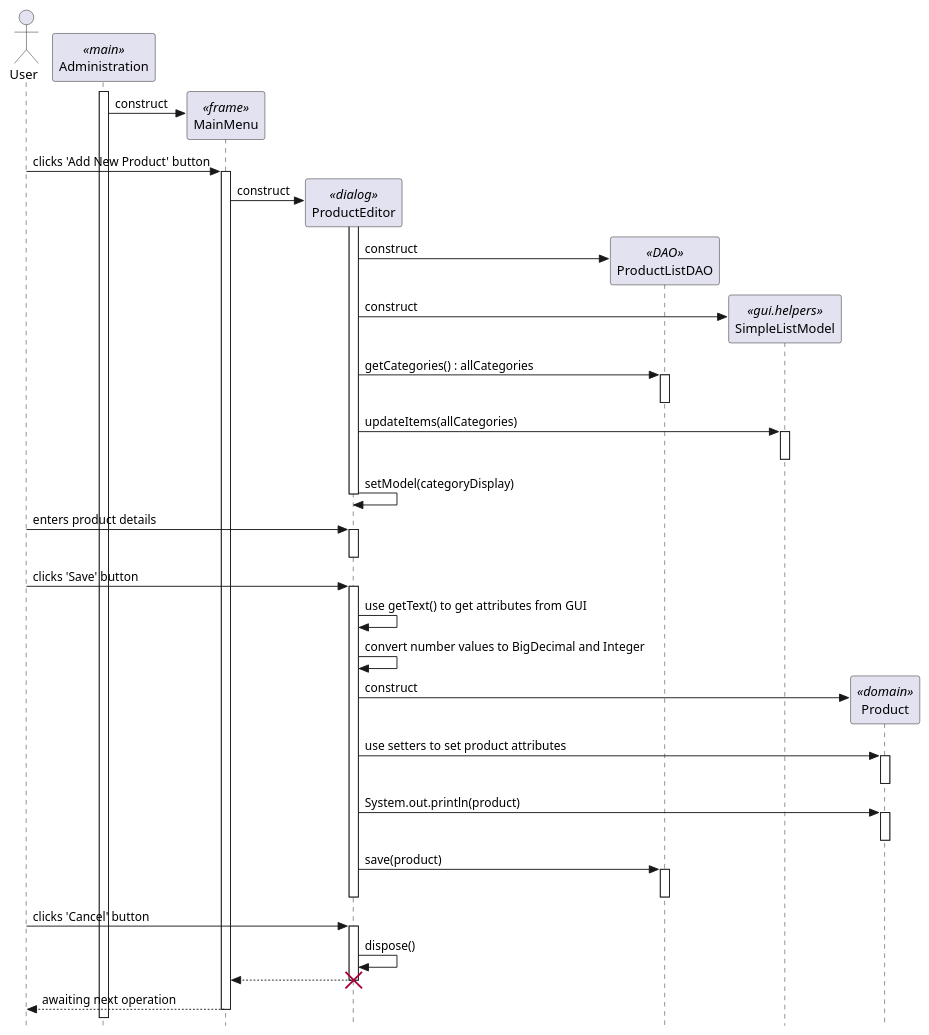
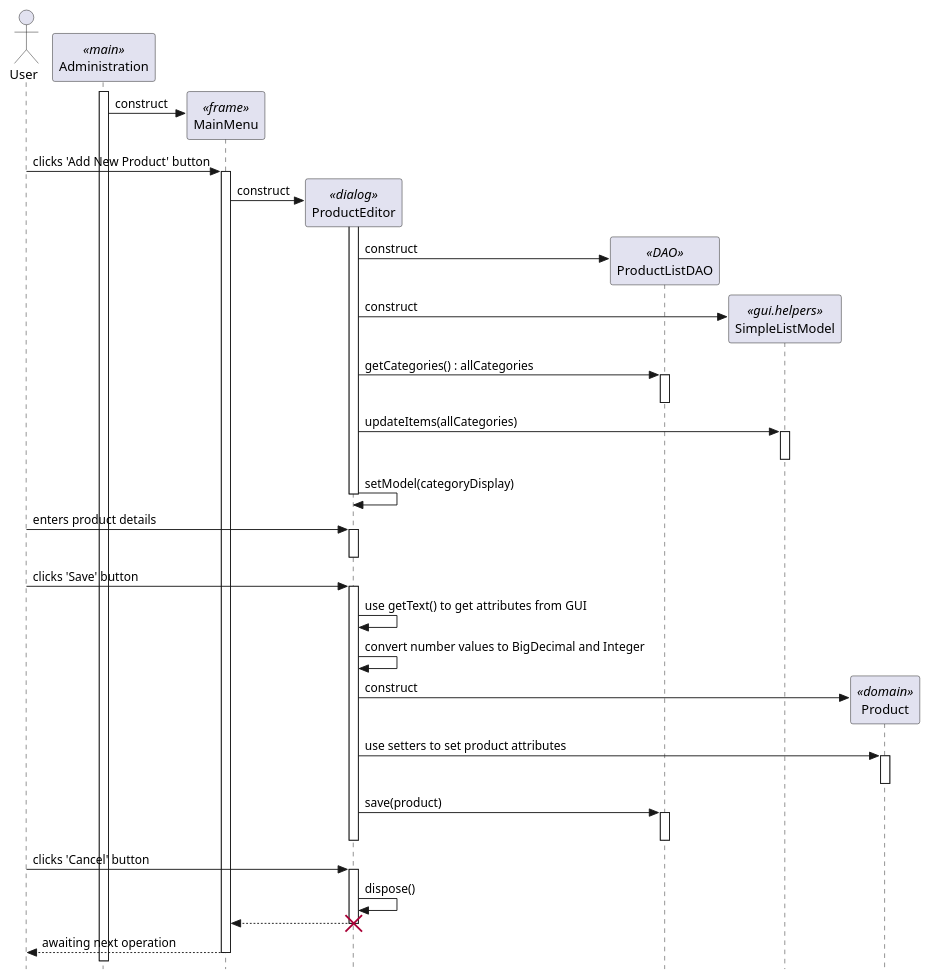
One commit to nikolahmcwin/shoppingSystem-info202 changed the diagram in addNewProduct.puml. Above: the diagram before and after it, drawn with PlantUML. The commit also changed 6 other files, not shown here.

Commit message:
Updates to plant uml diagrams. References #6

```diff
--- a/addNewProduct.puml
+++ b/addNewProduct.puml
@@ -1,77 +1,83 @@
 @startuml
 
 ' use strict UML mode
 skinparam style strictuml
 
 ' create actor user
 actor "User" as user
 
 ' create main adminstration 
 participant "Administration" as main <<main>>
 main++
 
 ' create main menu frame
 create "MainMenu" as menu <<frame>>
 main -> menu : construct
 
 user -> menu++ : clicks 'Add New Product' button
 
 ' create product editor dialog
 create "ProductEditor" as editor <<dialog>>
 menu -> editor : construct
 
 editor++
 
 ' create a DAO
 create "ProductListDAO" as dao <<DAO>>
 editor -> dao : construct 
 
 ' create the simple model list
 create "SimpleListModel" as modellist <<gui.helpers>>
 editor -> modellist : construct
 
+' retrieve all categories from dao
 editor -> dao++ : getCategories() : allCategories
 dao--
 
+' set Simple Model List with categories
 editor -> modellist++ : updateItems(allCategories)
 modellist--
 
+' update combo box to show categories
 editor -> editor : setModel(categoryDisplay)
 
 editor--
 
 ' user enters product details and clicks the save product button
 user -> editor++ : enters product details
 editor--
 
 user -> editor++ : clicks 'Save' button
 
 ' self interactions to pull text and run conversions
 editor -> editor : use getText() to get attributes from GUI
 editor -> editor : convert number values to BigDecimal and Integer
 
 ' create a Product
 create "Product" as product <<domain>>
 editor -> product : construct
 
+' set product attributes
 editor -> product++ : use setters to set product attributes
 product-- 
 
-editor -> product++ : System.out.println(product)
-product--
 
+'editor -> editor : System.out.println(product)
+
+' save product to dao
 editor -> dao++ : save(product)
 dao--
+
 editor--
 
 ' dispose dialog
 user -> editor++ : clicks 'Cancel' button
 editor -> editor : dispose()
 
 ' show control returning to menu as editor closes
 editor --> menu 
 destroy editor
 
 menu --> user-- : awaiting next operation
 
 @enduml
```
